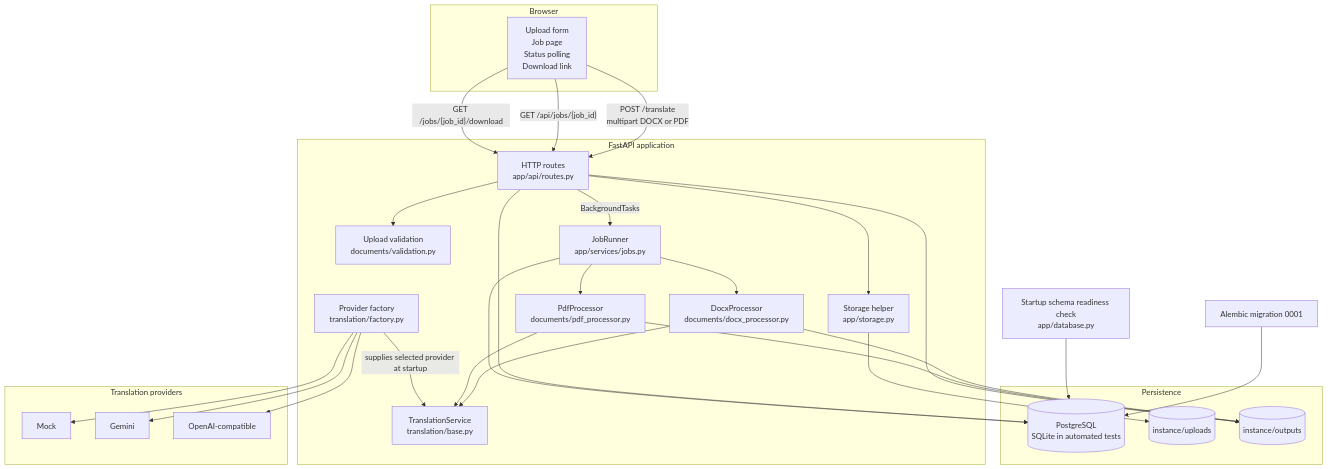
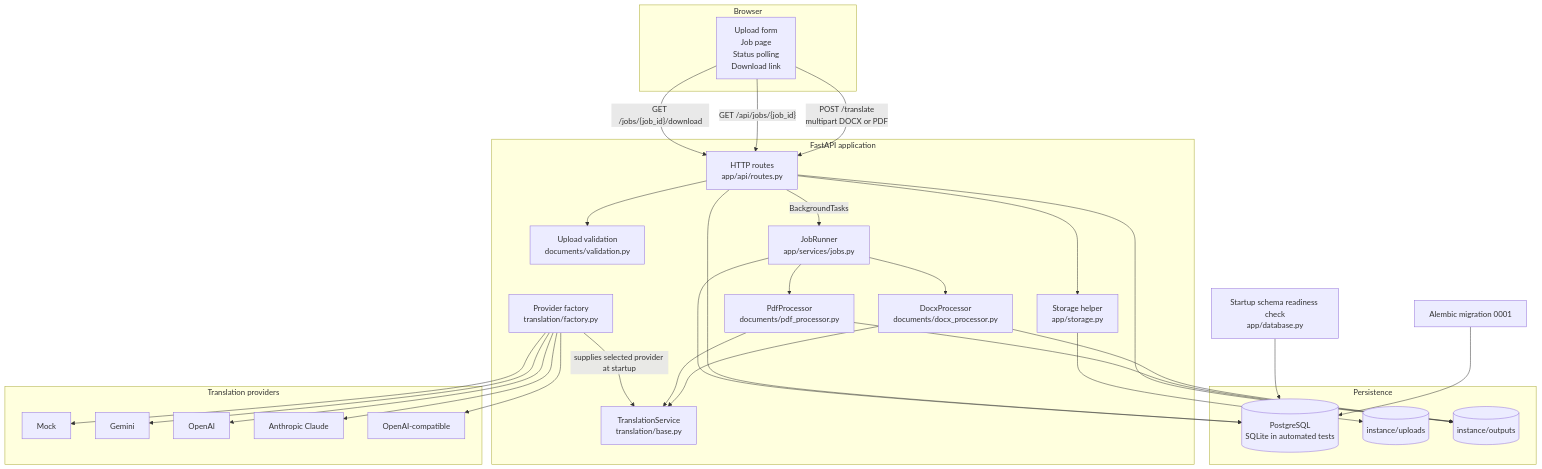
Before and after one commit to syed-adeel872/taw-python-translatedocs: the diagram in docs/architecture.md, drawn with Mermaid. The commit also changed other lines of this file and 1 other file, not shown here.

````diff
--- a/docs/architecture.md
+++ b/docs/architecture.md
@@ -9,53 +9,57 @@
 ```mermaid
 flowchart TB
     subgraph Client["Browser"]
         UI["Upload form<br/>Job page<br/>Status polling<br/>Download link"]
     end
 
     subgraph App["FastAPI application"]
         ROUTES["HTTP routes<br/>app/api/routes.py"]
         VALIDATE["Upload validation<br/>documents/validation.py"]
         STORAGE["Storage helper<br/>app/storage.py"]
         JOBRUNNER["JobRunner<br/>app/services/jobs.py"]
         DOCX["DocxProcessor<br/>documents/docx_processor.py"]
         PDF["PdfProcessor<br/>documents/pdf_processor.py"]
         TRANSLATE["TranslationService<br/>translation/base.py"]
         FACTORY["Provider factory<br/>translation/factory.py"]
     end
 
     subgraph Data["Persistence"]
         DB[("PostgreSQL<br/>SQLite in automated tests")]
         UPLOADS[("instance/uploads")]
         OUTPUTS[("instance/outputs")]
     end
 
     subgraph Providers["Translation providers"]
         MOCK["Mock"]
         GEMINI["Gemini"]
+        OPENAI["OpenAI"]
+        CLAUDE["Anthropic Claude"]
         COMPAT["OpenAI-compatible"]
     end
 
     ALEMBIC["Alembic migration 0001"] --> DB
     STARTUP["Startup schema readiness check<br/>app/database.py"] --> DB
 
     UI -->|"POST /translate<br/>multipart DOCX or PDF"| ROUTES
     ROUTES --> VALIDATE
     ROUTES --> STORAGE
     STORAGE --> UPLOADS
     ROUTES --> DB
     ROUTES -->|"BackgroundTasks"| JOBRUNNER
     JOBRUNNER --> DB
     JOBRUNNER --> DOCX
     JOBRUNNER --> PDF
     DOCX --> TRANSLATE
     PDF --> TRANSLATE
     FACTORY -->|"supplies selected provider at startup"| TRANSLATE
     FACTORY --> MOCK
     FACTORY --> GEMINI
+    FACTORY --> OPENAI
+    FACTORY --> CLAUDE
     FACTORY --> COMPAT
     DOCX --> OUTPUTS
     PDF --> OUTPUTS
     UI -->|"GET /api/jobs/{job_id}"| ROUTES
     UI -->|"GET /jobs/{job_id}/download"| ROUTES
     ROUTES --> OUTPUTS
 ```
````
